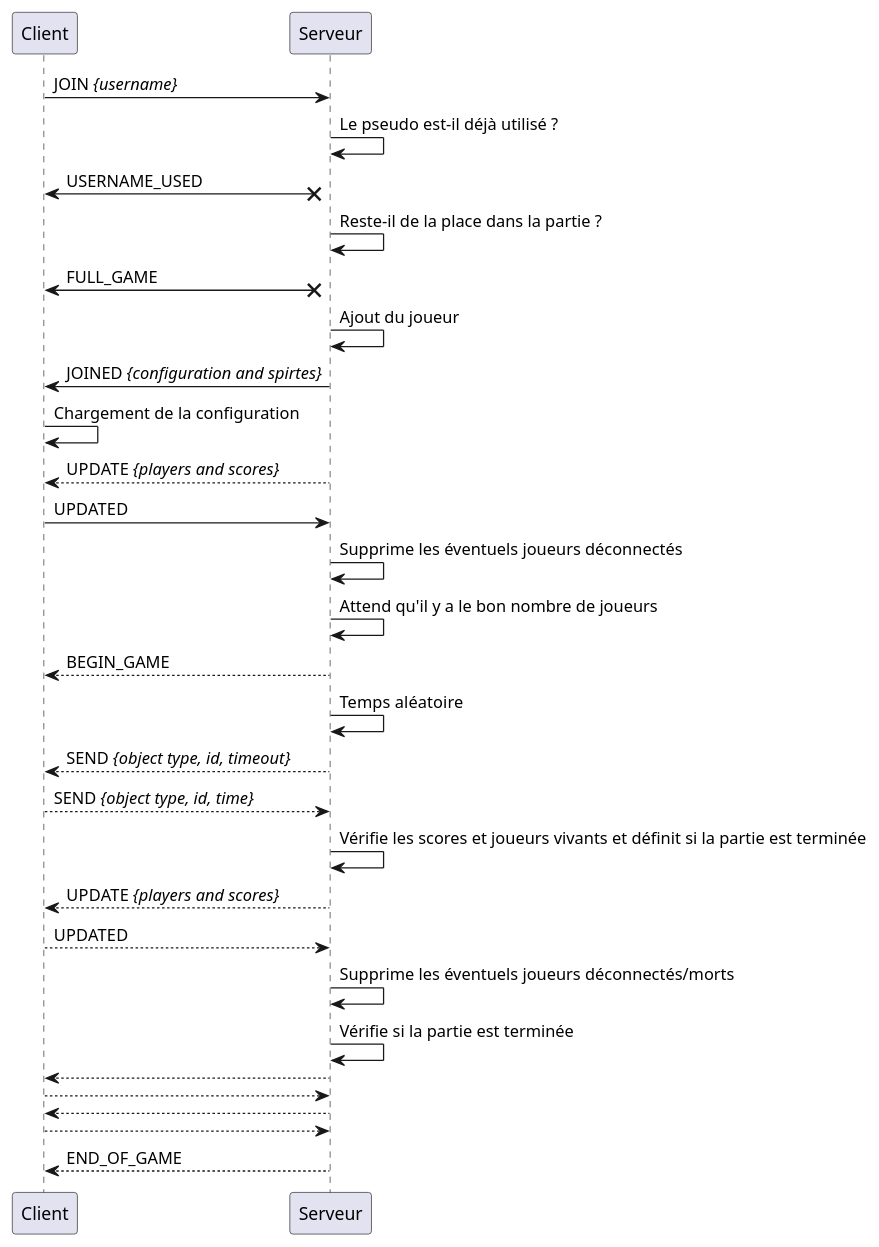
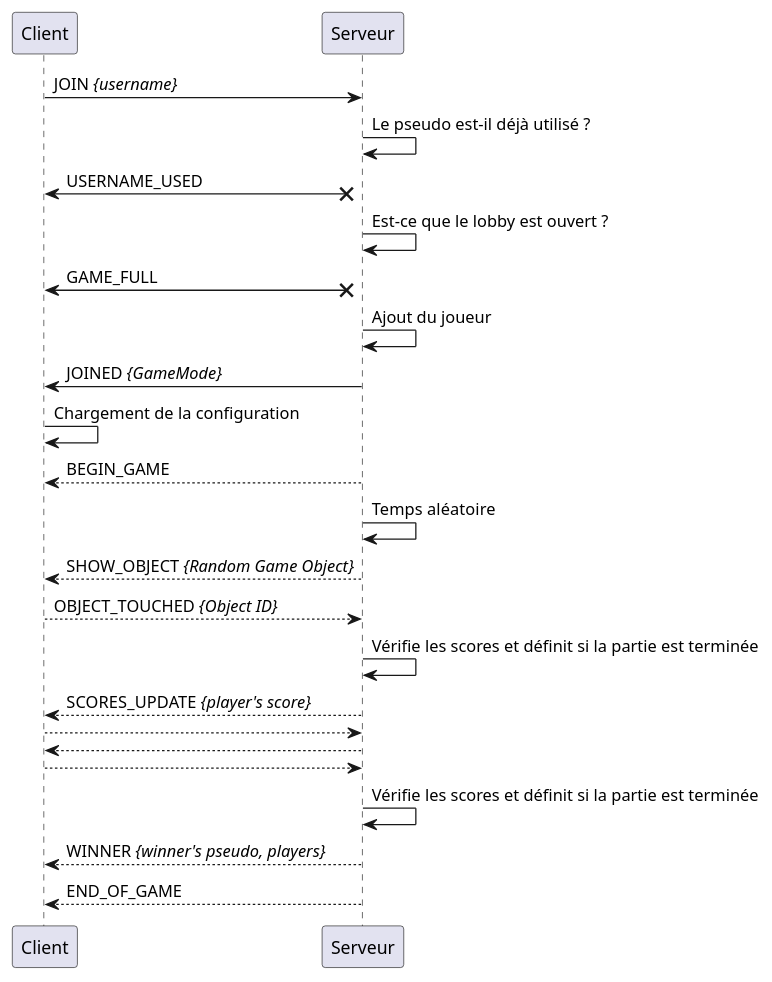
The diagram in Rapport/diagrammes/Protocol.puml (heig-vd-gen2017/projet), drawn with PlantUML before and after one commit.

Commit message:
Mise à jour puml protocole

```diff
--- a/Rapport/diagrammes/Protocol.puml
+++ b/Rapport/diagrammes/Protocol.puml
@@ -1,55 +1,43 @@
 @startuml
 
 Client -> Serveur : JOIN <i>{username}</i>
 
 Serveur -> Serveur : Le pseudo est-il déjà utilisé ?
 
 Client <-x Serveur : USERNAME_USED
 
-Serveur -> Serveur : Reste-il de la place dans la partie ?
+Serveur -> Serveur : Est-ce que le lobby est ouvert ?
 
-Client <-x Serveur : FULL_GAME
+Client <-x Serveur : GAME_FULL
 
 Serveur -> Serveur : Ajout du joueur
 
-Serveur -> Client : JOINED <i>{configuration and spirtes}</i>
+Serveur -> Client : JOINED <i>{GameMode}</i>
 
 Client -> Client : Chargement de la configuration
-
-Serveur --> Client : UPDATE <i>{players and scores}</i>
-
-Client -> Serveur : UPDATED
-
-Serveur -> Serveur : Supprime les éventuels joueurs déconnectés
-
-Serveur -> Serveur : Attend qu'il y a le bon nombre de joueurs
 
 Serveur --> Client : BEGIN_GAME
 
 Serveur -> Serveur : Temps aléatoire
 
-Serveur --> Client : SEND <i>{object type, id, timeout}</i>
+Serveur --> Client : SHOW_OBJECT <i>{Random Game Object}</i>
 
-Client --> Serveur : SEND <i>{object type, id, time}</i>
+Client --> Serveur : OBJECT_TOUCHED <i>{Object ID}</i>
 
-Serveur -> Serveur : Vérifie les scores et joueurs vivants et définit si la partie est terminée
+Serveur -> Serveur : Vérifie les scores et définit si la partie est terminée
 
-Serveur --> Client : UPDATE <i>{players and scores}</i>
-
-Client --> Serveur : UPDATED
-
-Serveur -> Serveur : Supprime les éventuels joueurs déconnectés/morts
-
-Serveur -> Serveur : Vérifie si la partie est terminée
-
-Serveur --> Client
+Serveur --> Client : SCORES_UPDATE <i>{player's score}</i>
 
 Client --> Serveur
 
 Serveur --> Client
 
 Client --> Serveur
 
+Serveur -> Serveur : Vérifie les scores et définit si la partie est terminée
+
+Serveur --> Client : WINNER <i>{winner's pseudo, players}</i>
+
 Serveur --> Client : END_OF_GAME
 
 @enduml
```
